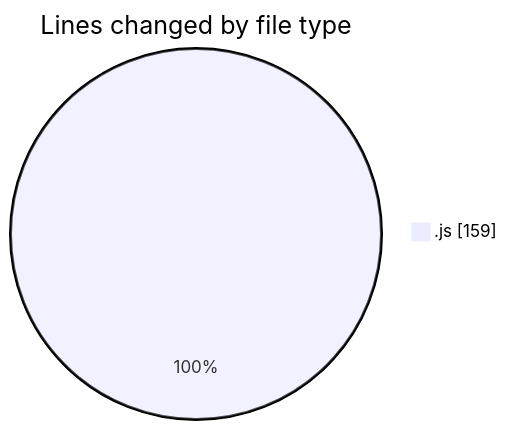
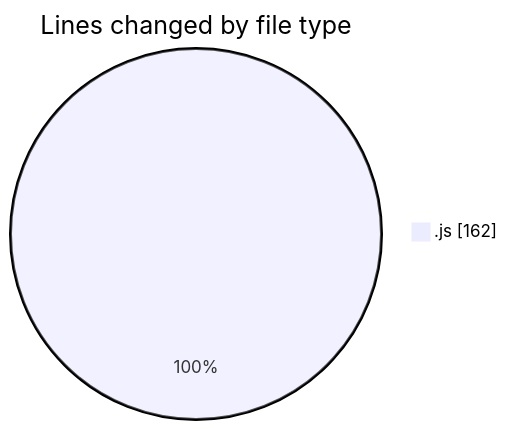
The first of 2 diagrams in 2025-07-19/mern-workoutboard/README.md (Ritupan-Deka/code-tracking), drawn with Mermaid before and after one commit. The commit also changed other lines of this file and 1 other file, not shown here.

````diff
--- a/2025-07-19/mern-workoutboard/README.md
+++ b/2025-07-19/mern-workoutboard/README.md
@@ -21,5 +21,5 @@
 ```mermaid
 pie showData
 title Lines changed by file type
-".js" : 159
+".js" : 162
 ```
````
